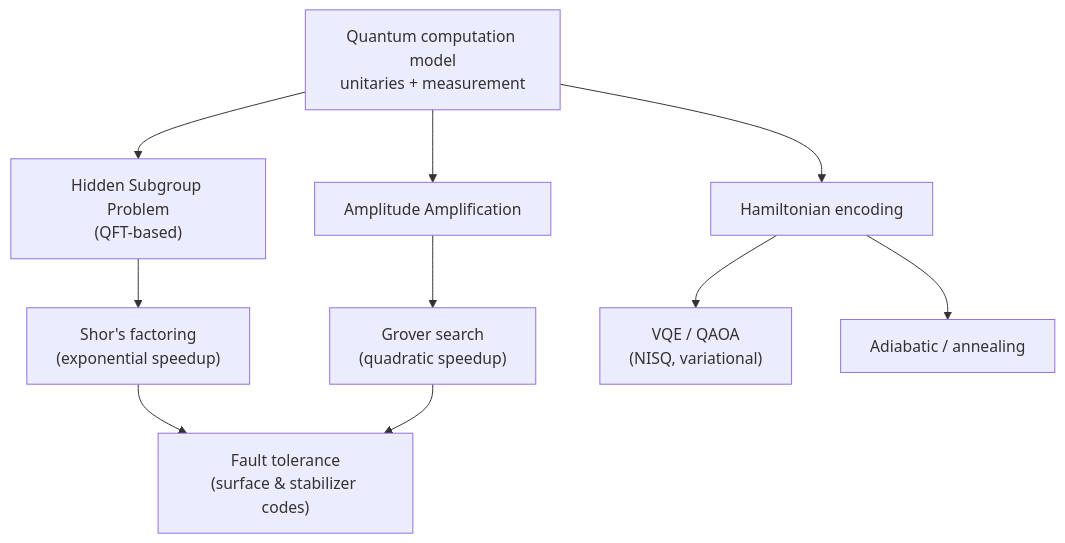
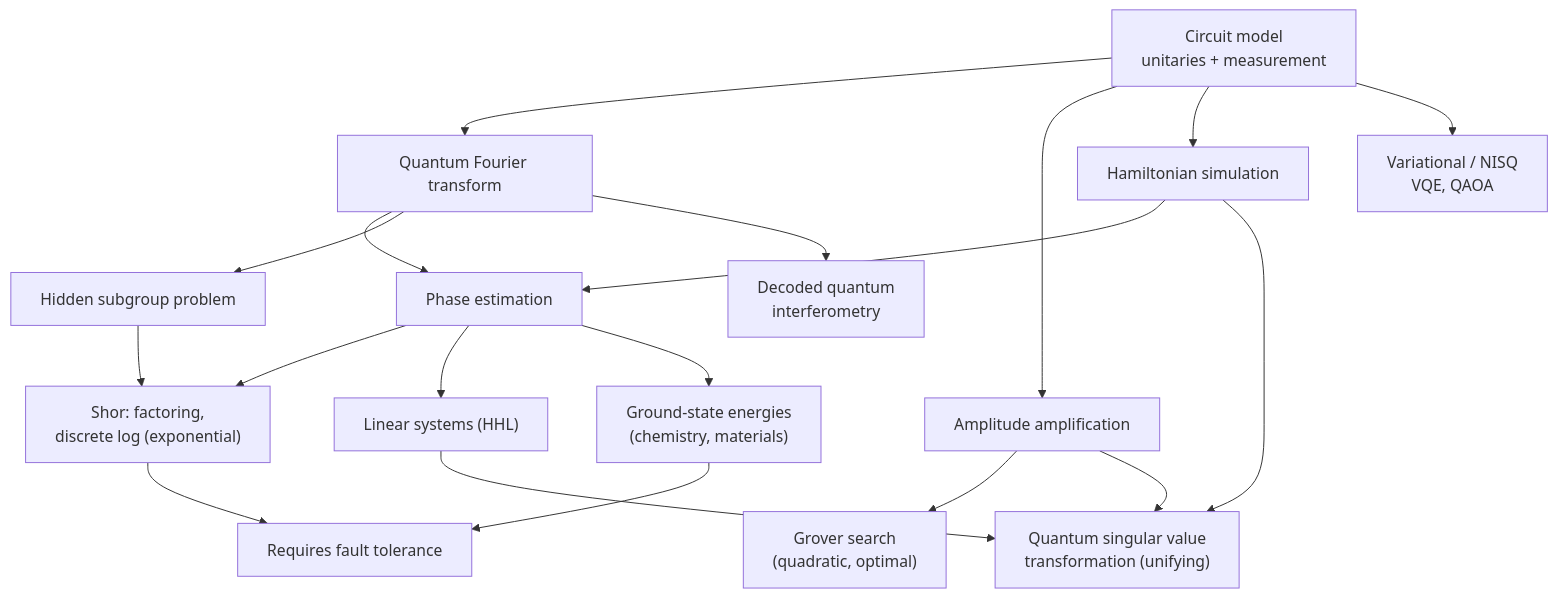
The first of 5 diagrams in github-pages/docs/advanced/quantum-algorithms-research.md (AndrewAltimit/Documentation), drawn with Mermaid before and after one commit. The commit also changed other lines of this file and 240 other files, not shown here.

````diff
--- a/github-pages/docs/advanced/quantum-algorithms-research.md
+++ b/github-pages/docs/advanced/quantum-algorithms-research.md
@@ -26,12 +27,21 @@
 ```mermaid
 flowchart TD
-    QM["Quantum computation model<br/>unitaries + measurement"] --> HSP["Hidden Subgroup Problem<br/>(QFT-based)"]
-    QM --> AA["Amplitude Amplification"]
-    QM --> HAM["Hamiltonian encoding"]
-    HSP --> SHOR["Shor's factoring<br/>(exponential speedup)"]
-    AA --> GROVER["Grover search<br/>(quadratic speedup)"]
-    HAM --> VQE["VQE / QAOA<br/>(NISQ, variational)"]
-    HAM --> ADIA["Adiabatic / annealing"]
-    SHOR --> FT["Fault tolerance<br/>(surface & stabilizer codes)"]
-    GROVER --> FT
+    M["Circuit model<br/>unitaries + measurement"] --> QFT["Quantum Fourier transform"]
+    M --> AA["Amplitude amplification"]
+    M --> HS["Hamiltonian simulation"]
+    QFT --> QPE["Phase estimation"]
+    HS --> QPE
+    QPE --> SHOR["Shor: factoring,<br/>discrete log (exponential)"]
+    QPE --> HHL["Linear systems (HHL)"]
+    QPE --> CHEM["Ground-state energies<br/>(chemistry, materials)"]
+    QFT --> HSP["Hidden subgroup problem"]
+    HSP --> SHOR
+    QFT --> DQI["Decoded quantum<br/>interferometry"]
+    AA --> GROVER["Grover search<br/>(quadratic, optimal)"]
+    AA --> QSVT["Quantum singular value<br/>transformation (unifying)"]
+    HS --> QSVT
+    HHL --> QSVT
+    M --> VAR["Variational / NISQ<br/>VQE, QAOA"]
+    SHOR --> FT["Requires fault tolerance"]
+    CHEM --> FT
 ```
````
